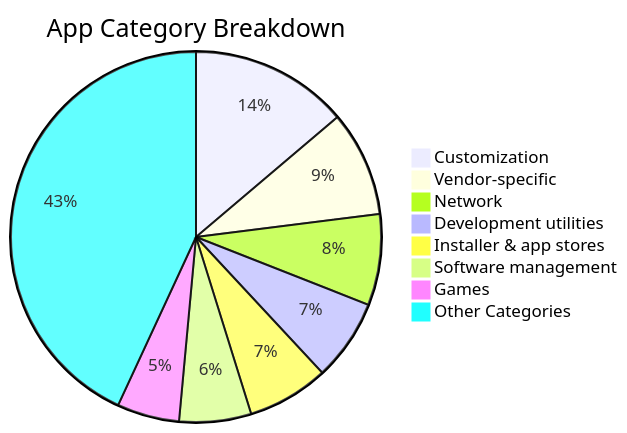
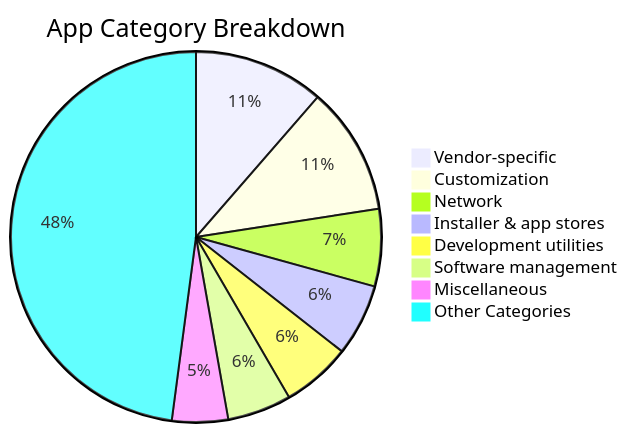
Before and after one commit to 2303630100089-lang/shizuku-apps-root-alternative: the diagram in README.md, drawn with Mermaid. The commit also changed other lines of this file and 2 other files, not shown here.

````diff
--- a/README.md
+++ b/README.md
@@ -287,11 +288,11 @@
 ```mermaid
 pie title App Category Breakdown
-    "Customization" : 33
-    "Vendor-specific" : 22
-    "Network" : 19
-    "Development utilities" : 17
-    "Installer & app stores" : 17
-    "Software management" : 15
-    "Games" : 13
-    "Other Categories" : 103
+    "Vendor-specific" : 49
+    "Customization" : 48
+    "Network" : 29
+    "Installer & app stores" : 27
+    "Development utilities" : 26
+    "Software management" : 24
+    "Miscellaneous" : 21
+    "Other Categories" : 206
 ```
````
